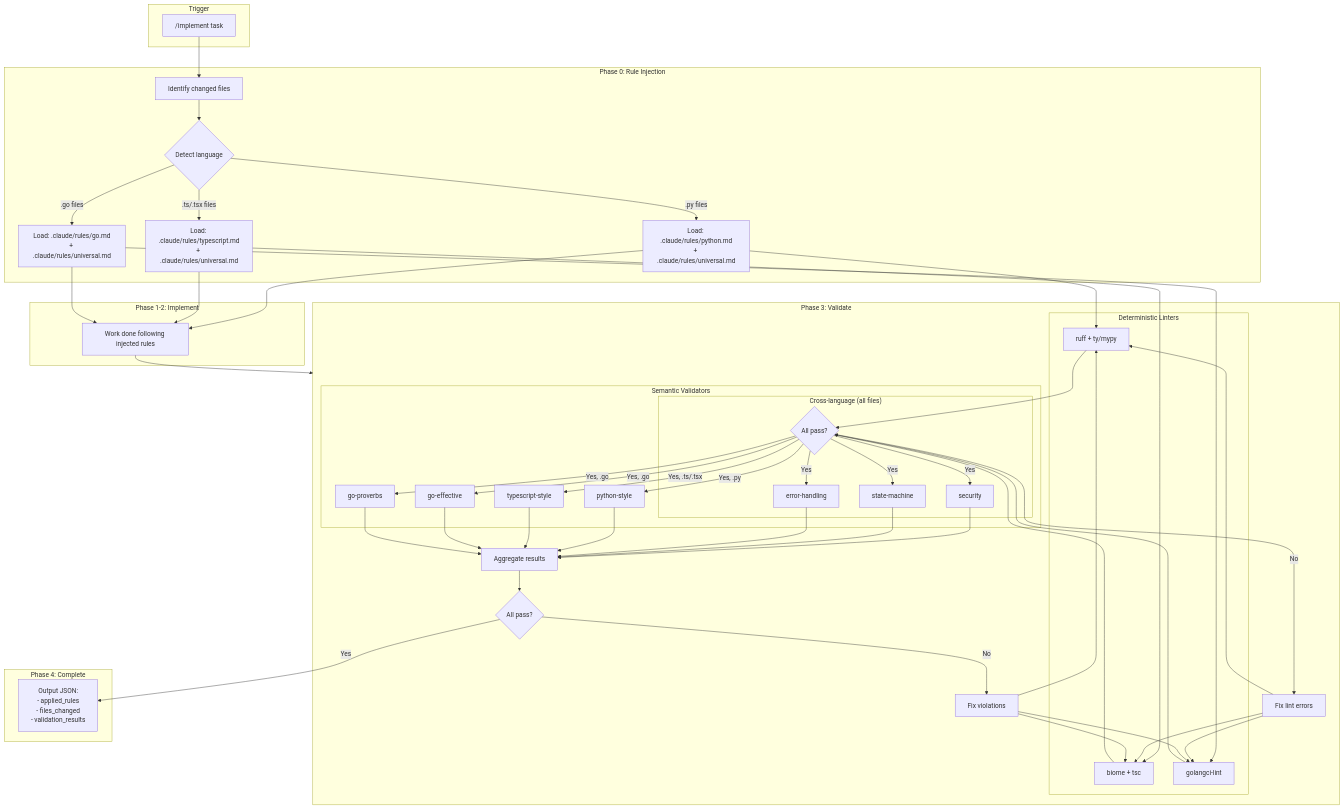
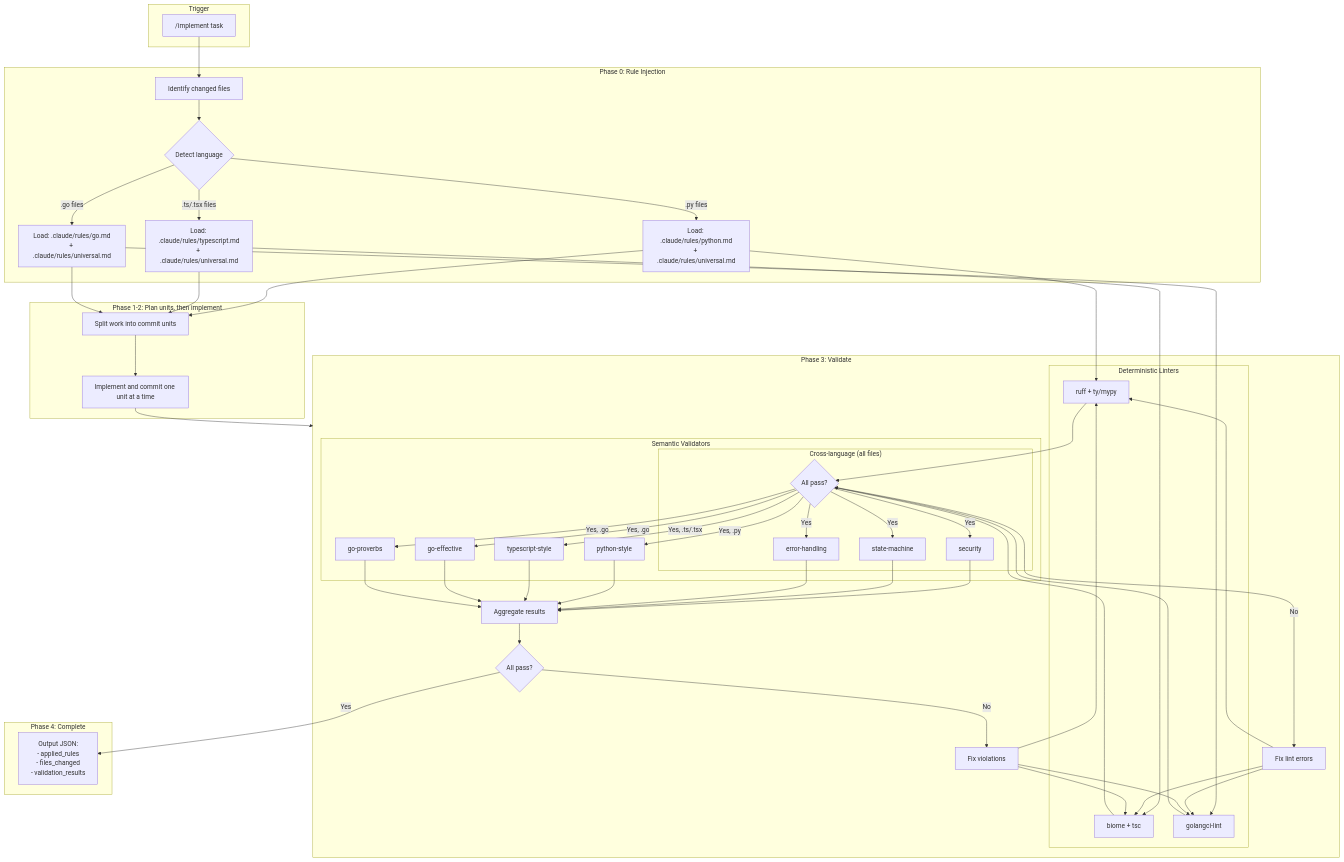
One commit to peteski22/agent-pragma changed the second of 7 diagrams in ARCHITECTURE.md. Above: the diagram before and after it, drawn with Mermaid. The commit also changed other lines of this file and 2 other files, not shown here.

First line of the commit message:
docs: describe the commit checkpoint loop in the pipeline

````diff
--- a/ARCHITECTURE.md
+++ b/ARCHITECTURE.md
@@ -159,57 +171,58 @@
 ```mermaid
 flowchart TB
     subgraph Trigger["Trigger"]
         Start["/implement task"]
     end
 
     subgraph Phase0["Phase 0: Rule Injection"]
         P0[Identify changed files]
         P0 --> DetectLang{Detect language}
 
         DetectLang -->|.py files| PyRules["Load: .claude/rules/python.md<br/>+ .claude/rules/universal.md"]
         DetectLang -->|.ts/.tsx files| TSRules["Load: .claude/rules/typescript.md<br/>+ .claude/rules/universal.md"]
         DetectLang -->|.go files| GoRules["Load: .claude/rules/go.md<br/>+ .claude/rules/universal.md"]
     end
 
-    subgraph Phase12["Phase 1-2: Implement"]
-        Impl[Work done following injected rules]
+    subgraph Phase12["Phase 1-2: Plan units, then implement"]
+        Plan[Split work into commit units]
+        Plan --> Impl[Implement and commit one unit at a time]
     end
 
     subgraph Phase3["Phase 3: Validate"]
         subgraph DetChecks["Deterministic Linters"]
             PyRules --> PyLint["ruff + ty/mypy"]
             TSRules --> TSLint["biome + tsc"]
             GoRules --> GoLint["golangci-lint"]
         end
 
         PyLint & TSLint & GoLint --> LintPass{All pass?}
         LintPass -->|No| FixLint[Fix lint errors]
         FixLint --> PyLint & TSLint & GoLint
 
         subgraph SemVal["Semantic Validators"]
             subgraph CrossLang["Cross-language (all files)"]
                 LintPass -->|Yes| SecVal["security"]
                 LintPass -->|Yes| StmVal["state-machine"]
                 LintPass -->|Yes| ErrVal["error-handling"]
             end
 
             LintPass -->|Yes, .py| PyStyle["python-style"]
             LintPass -->|Yes, .ts/.tsx| TSStyle["typescript-style"]
             LintPass -->|Yes, .go| GoEff["go-effective"]
             LintPass -->|Yes, .go| GoProv["go-proverbs"]
         end
 
         SecVal & StmVal & ErrVal & PyStyle & TSStyle & GoEff & GoProv --> Agg[Aggregate results]
         Agg --> ValPass{All pass?}
         ValPass -->|No| FixViol[Fix violations]
         FixViol --> PyLint & TSLint & GoLint
     end
 
     subgraph Phase4["Phase 4: Complete"]
         ValPass -->|Yes| Output["Output JSON:<br/>- applied_rules<br/>- files_changed<br/>- validation_results"]
     end
 
     Start --> P0
-    PyRules & TSRules & GoRules --> Impl
+    PyRules & TSRules & GoRules --> Plan
     Impl --> Phase3
 ```
````
